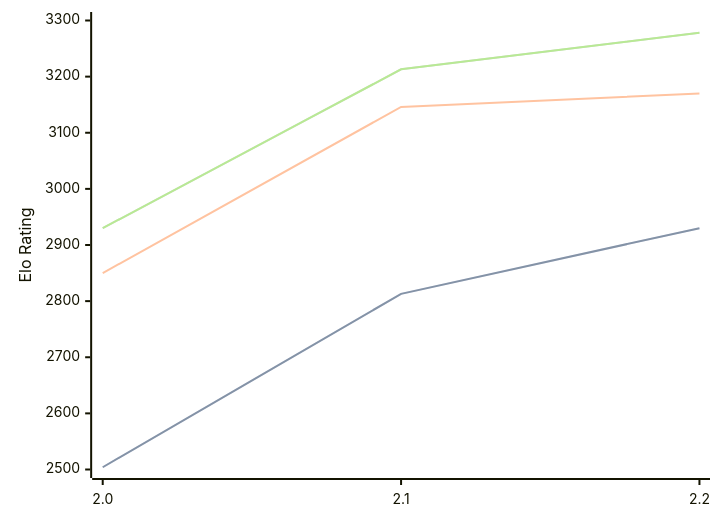
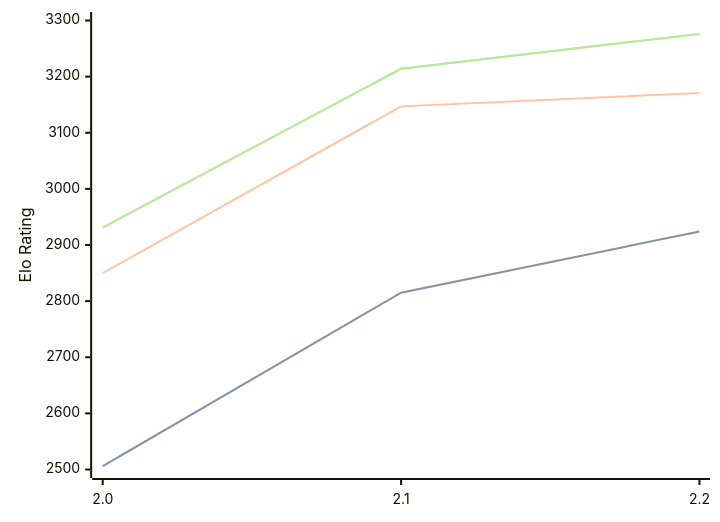
One commit to computer-chess-index/cci changed the diagram in engines/Tunguska.md. Above: the diagram before and after it, drawn with Mermaid. The commit also changed other lines of this file, not shown here.

Commit message:
Update CCI Ratings (ELO VLTC) - 2026-09-13

````diff
--- a/engines/Tunguska.md
+++ b/engines/Tunguska.md
@@ -33,11 +33,11 @@
 ```mermaid
 %%{init: {"theme":"base","themeVariables":{"seriesColors:['#a3a3a3','#222221','#faa371']}}}%%
 xychart-beta
   x-axis ["2.0", "2.1", "2.2"]
   y-axis "Elo Rating" 2500 --> 3300
-  line "" [2504, 2813, 2930]
-  line "STC (8.0+0.08s)" [2504, 2813, 2930]
-  line "LTC (60.0+0.60s)" [2850, 3146, 3170]
-  line "" [2930, 3213, 3278]
-  line "VLTC (2m24s+1.12s)" [2930, 3213, 3278]
+  line "" [2506, 2815, 2924]
+  line "STC (8.0+0.08s)" [2506, 2815, 2924]
+  line "LTC (60.0+0.60s)" [2850, 3147, 3171]
+  line "" [2931, 3214, 3276]
+  line "VLTC (2m24s+1.12s)" [2931, 3214, 3276]
 ```
````
